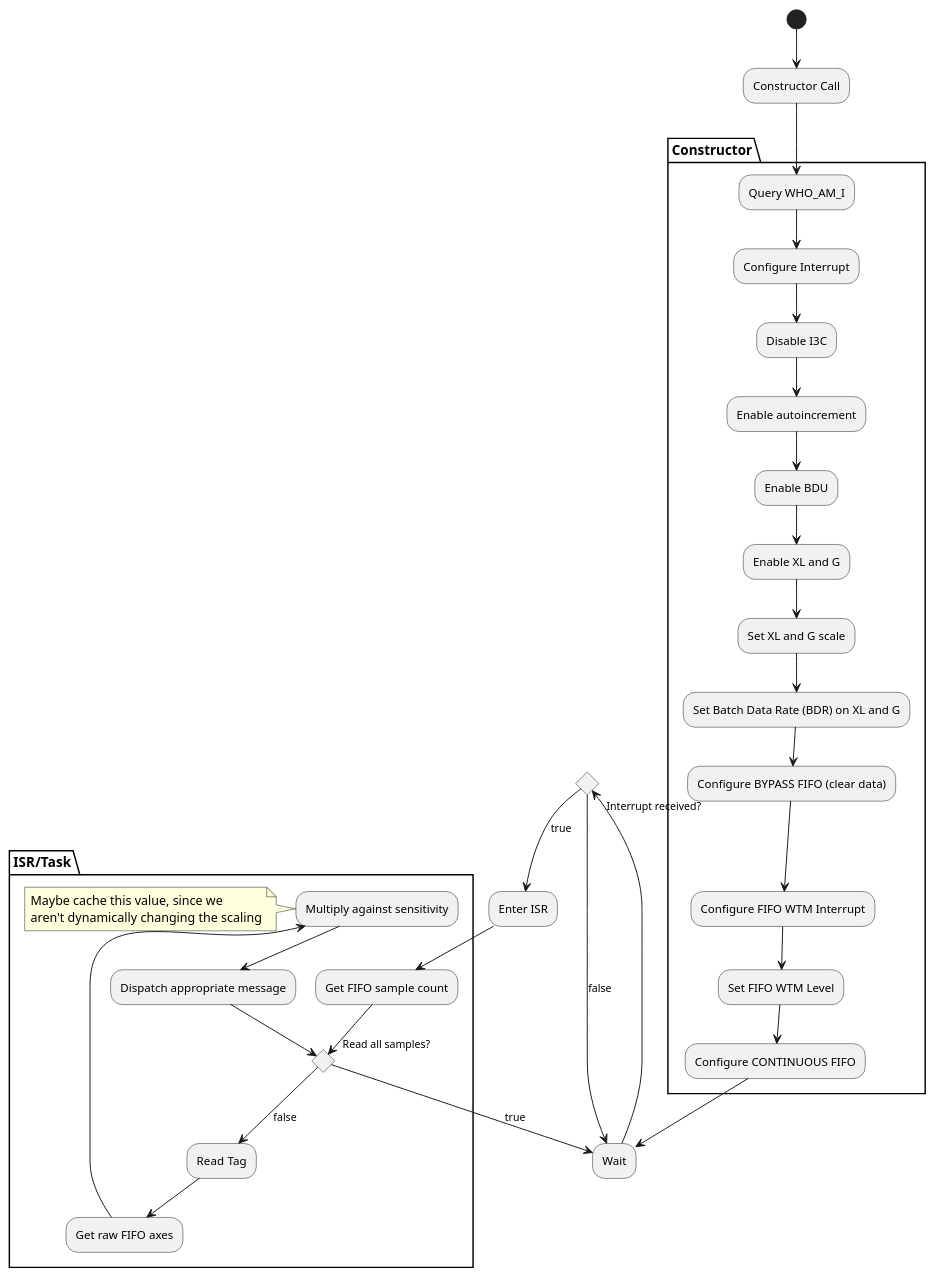
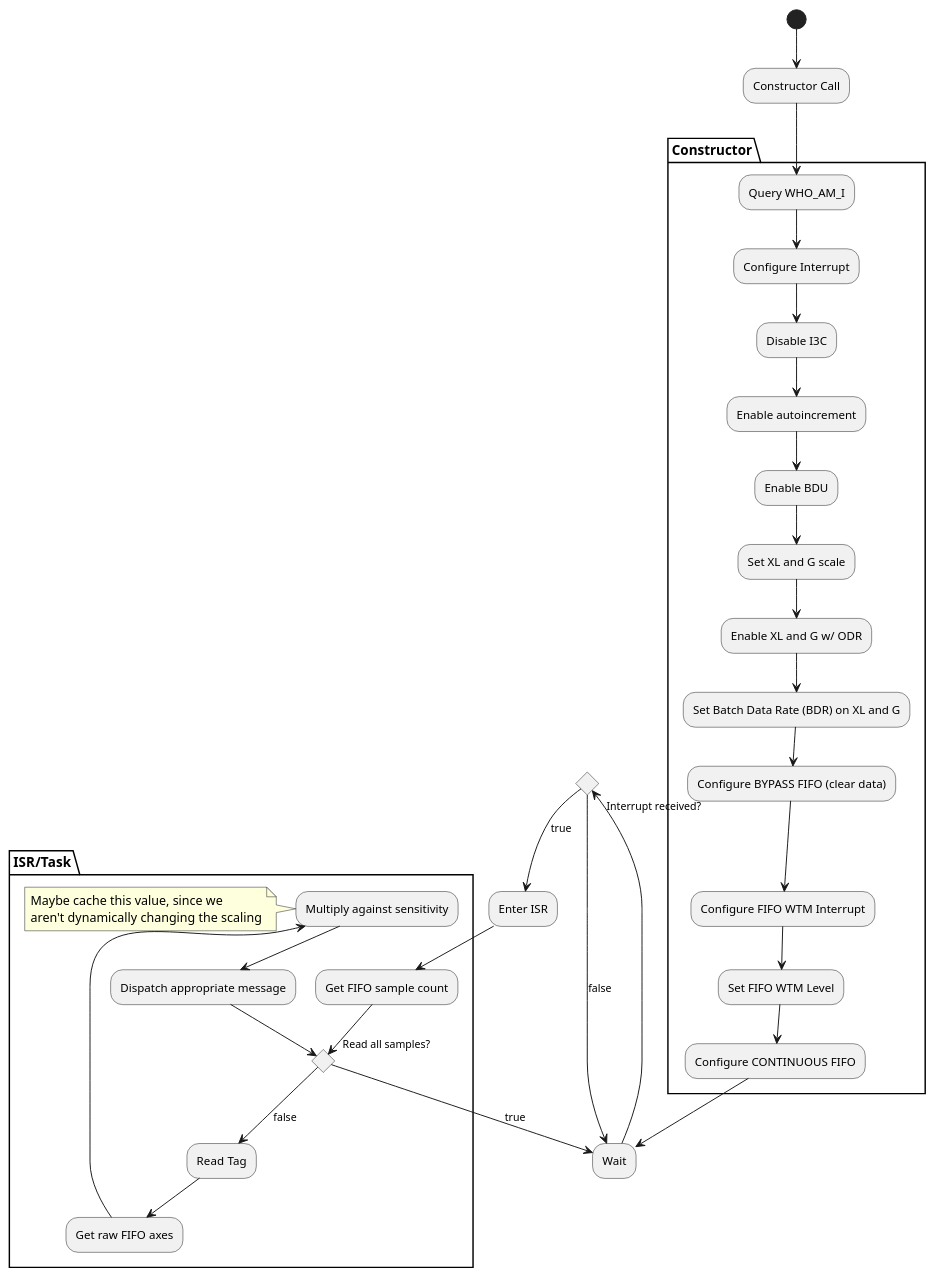
The diagram in Software/DumptruckUltra-MCU/hw/imu/IMU_Procedure.wsd (bennowotny/ECE453_DumptruckUltra), drawn with PlantUML before and after one commit.

Commit message:
Updating diagram

```diff
--- a/Software/DumptruckUltra-MCU/hw/imu/IMU_Procedure.wsd
+++ b/Software/DumptruckUltra-MCU/hw/imu/IMU_Procedure.wsd
@@ -1,41 +1,41 @@
 @startuml IMUFlow
 (*) --> "Constructor Call" as call
 
 partition Constructor {
     call --> "Query WHO_AM_I" as whoami
     whoami --> "Configure Interrupt" as conf_int
     conf_int --> "Disable I3C" as no_i3c
     no_i3c --> "Enable autoincrement" as autoinc
     autoinc --> "Enable BDU" as bdu
-    bdu --> "Enable XL and G" as sense_enable
-    sense_enable --> "Set XL and G scale" as sense_scale
+    bdu --> "Set XL and G scale" as sense_enable
+    sense_enable --> "Enable XL and G w/ ODR" as sense_scale
     sense_scale --> "Set Batch Data Rate (BDR) on XL and G" as sense_batch_rate
     sense_batch_rate --> "Configure BYPASS FIFO (clear data)" as fifo_clear
     fifo_clear --> "Configure FIFO WTM Interrupt" as fifo_int
     fifo_int --> "Set FIFO WTM Level" as fifo_wtm
     fifo_wtm --> "Configure CONTINUOUS FIFO" as fifo_start
 }
 
 fifo_start --> "Wait" as wait
 if "Interrupt received?" then
 -->[true] "Enter ISR" as isr_start
 else
 -->[false] wait
 endif
 partition ISR/Task {
 isr_start --> "Get FIFO sample count" as fifo_count
 if "Read all samples?" as check then
 -->[true] wait
 else
 -->[false] "Read Tag" as tag
 endif
 tag --> "Get raw FIFO axes" as fifo_read
 fifo_read --> "Multiply against sensitivity" as mult
 note left
     Maybe cache this value, since we 
     aren't dynamically changing the scaling
 end note
 mult --> "Dispatch appropriate message" as dispatch
 dispatch --> check
 }
 @enduml
```
